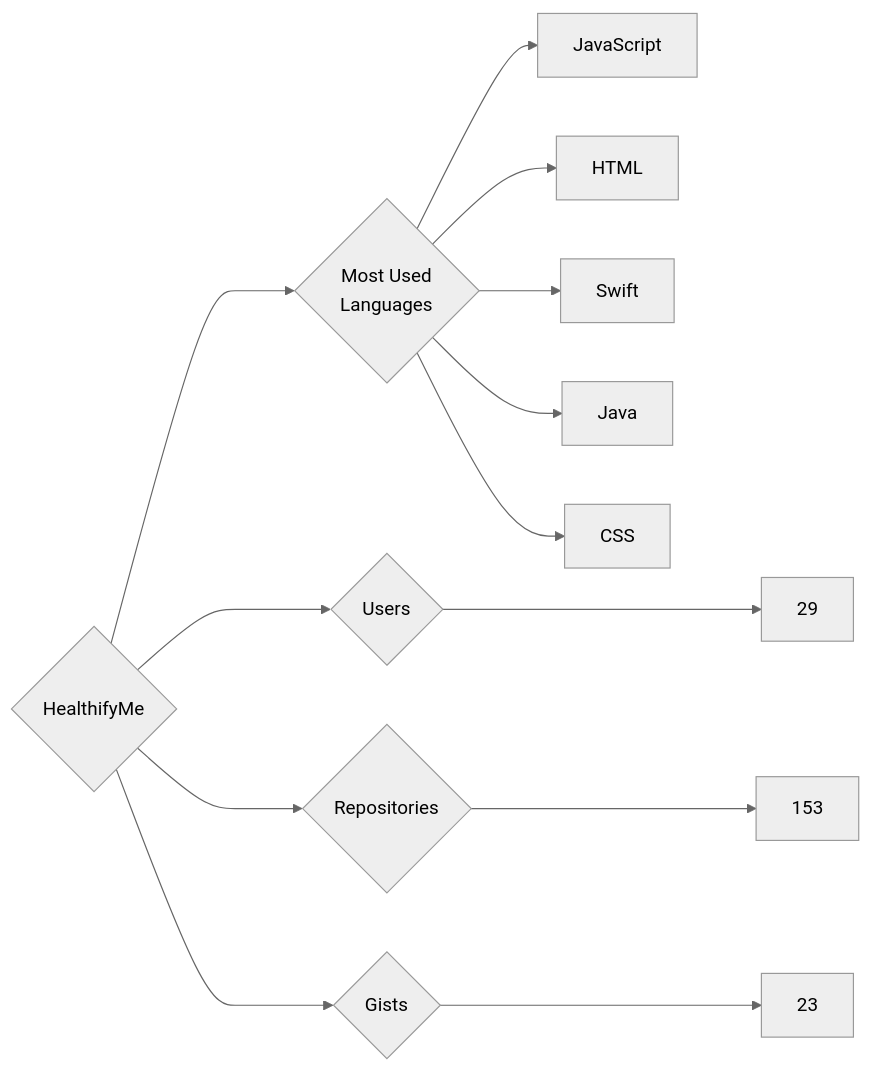
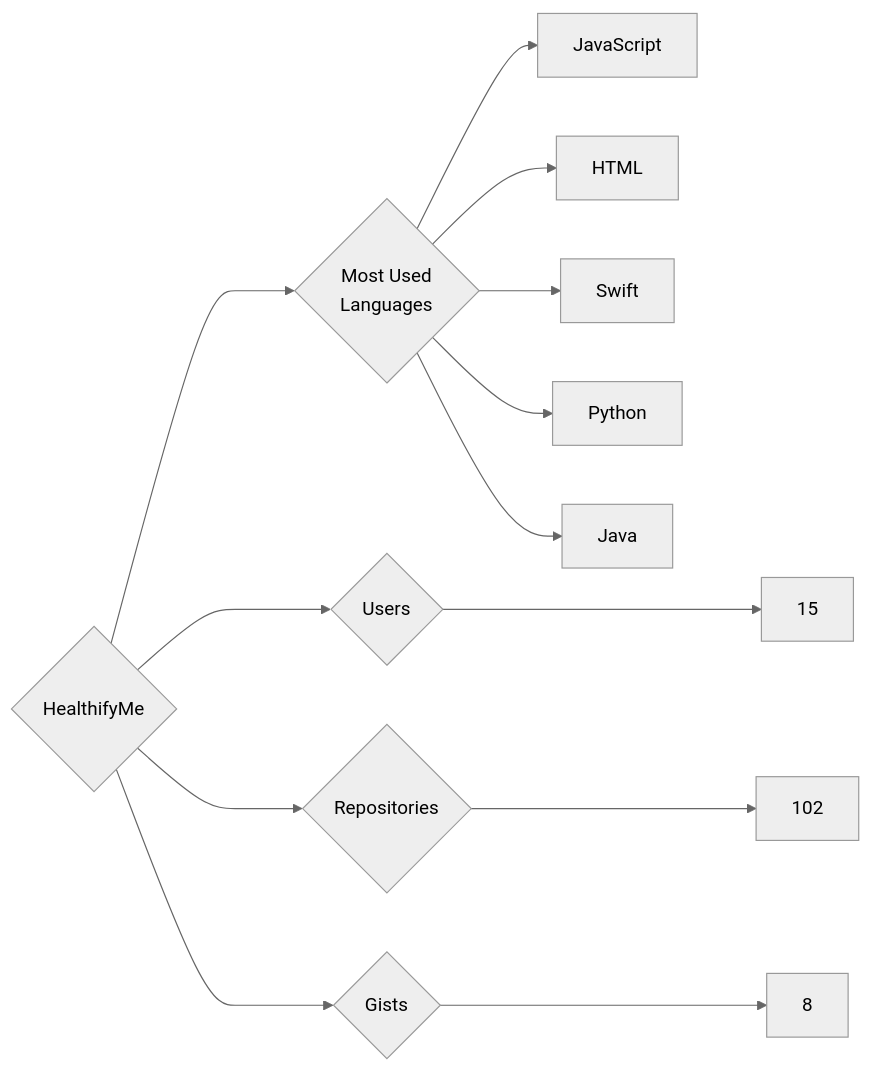
Before and after one commit to trickest/insiders: the diagram in targets/HealthifyMe/README.md, drawn with Mermaid (neutral theme). The commit also changed 752 other files, not shown here.

````diff
--- a/targets/HealthifyMe/README.md
+++ b/targets/HealthifyMe/README.md
@@ -3,13 +3,13 @@
 ```mermaid
 graph LR
 COMPANY_NAME{HealthifyMe}
-COMPANY_NAME ---> U{Users} ---> UN[29]
-COMPANY_NAME ---> R{Repositories} ---> RN[153]
-COMPANY_NAME ---> G{Gists} ---> GN[23]
+COMPANY_NAME ---> U{Users} ---> UN[15]
+COMPANY_NAME ---> R{Repositories} ---> RN[102]
+COMPANY_NAME ---> G{Gists} ---> GN[8]
 COMPANY_NAME ---> ML{Most Used<br>Languages}
 ML --> JavaScript[JavaScript]
 ML --> HTML[HTML]
 ML --> Swift[Swift]
+ML --> Python[Python]
 ML --> Java[Java]
-ML --> CSS[CSS]
 ```
````
